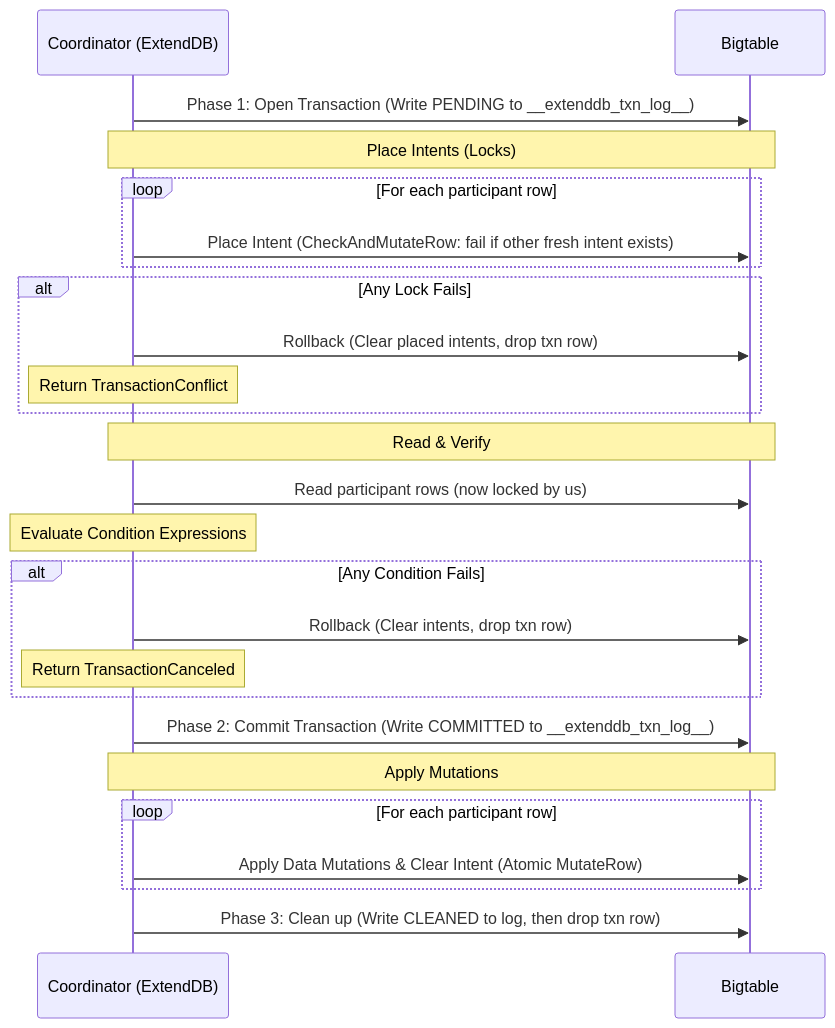
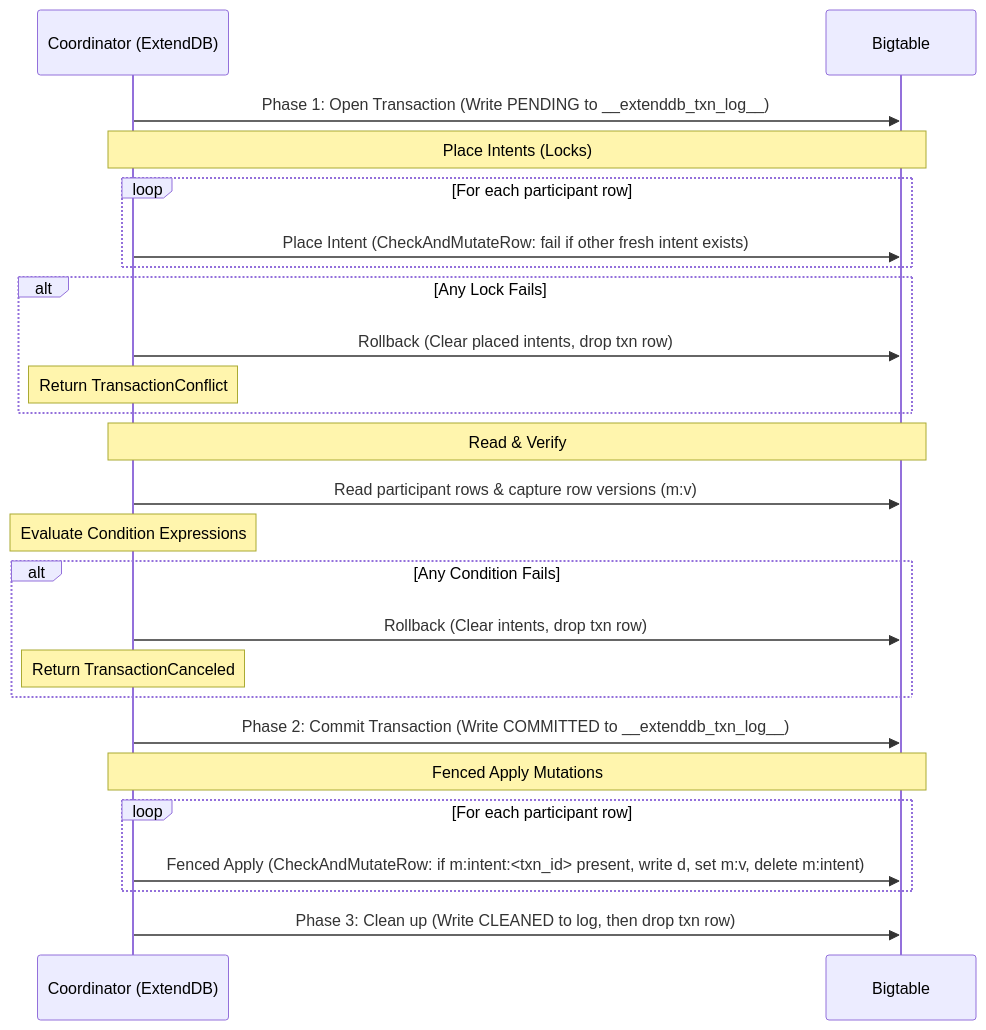
The diagram in docs/rfcs/0000-bigtable-backend.md (ExtendDB/extenddb), drawn with Mermaid before and after one commit. The commit also changed other lines of this file, not shown here.

Commit message:
docs(rfc): update RFC with OCC versioning, fenced apply, GC rules, app_profile, and BackupEngine stubs

````diff
--- a/docs/rfcs/0000-bigtable-backend.md
+++ b/docs/rfcs/0000-bigtable-backend.md
@@ -56,28 +66,28 @@
 ```mermaid
 sequenceDiagram
     participant C as Coordinator (ExtendDB)
     participant B as Bigtable
     
     C->>B: Phase 1: Open Transaction (Write PENDING to __extenddb_txn_log__)
     Note over C,B: Place Intents (Locks)
     loop For each participant row
         C->>B: Place Intent (CheckAndMutateRow: fail if other fresh intent exists)
     end
     alt Any Lock Fails
         C->>B: Rollback (Clear placed intents, drop txn row)
         Note over C: Return TransactionConflict
     end
     Note over C,B: Read & Verify
-    C->>B: Read participant rows (now locked by us)
+    C->>B: Read participant rows & capture row versions (m:v)
     Note over C: Evaluate Condition Expressions
     alt Any Condition Fails
         C->>B: Rollback (Clear intents, drop txn row)
         Note over C: Return TransactionCanceled
     end
     C->>B: Phase 2: Commit Transaction (Write COMMITTED to __extenddb_txn_log__)
-    Note over C,B: Apply Mutations
+    Note over C,B: Fenced Apply Mutations
     loop For each participant row
-        C->>B: Apply Data Mutations & Clear Intent (Atomic MutateRow)
+        C->>B: Fenced Apply (CheckAndMutateRow: if m:intent:<txn_id> present, write d, set m:v, delete m:intent)
     end
     C->>B: Phase 3: Clean up (Write CLEANED to log, then drop txn row)
 ```
````
